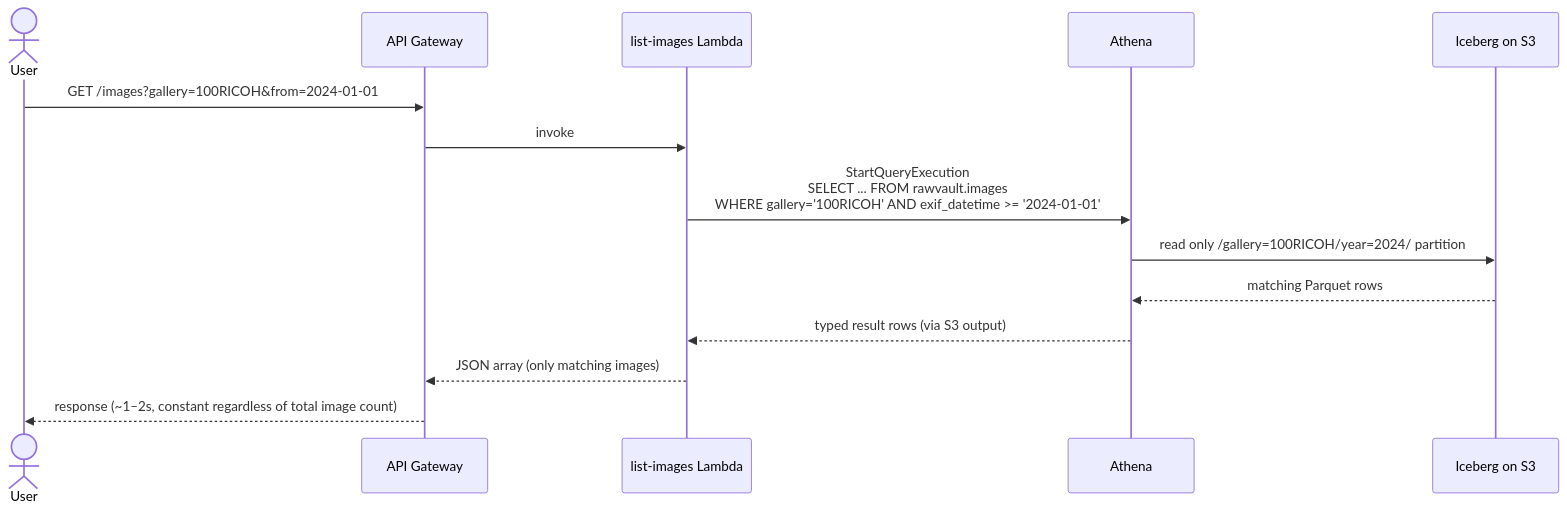
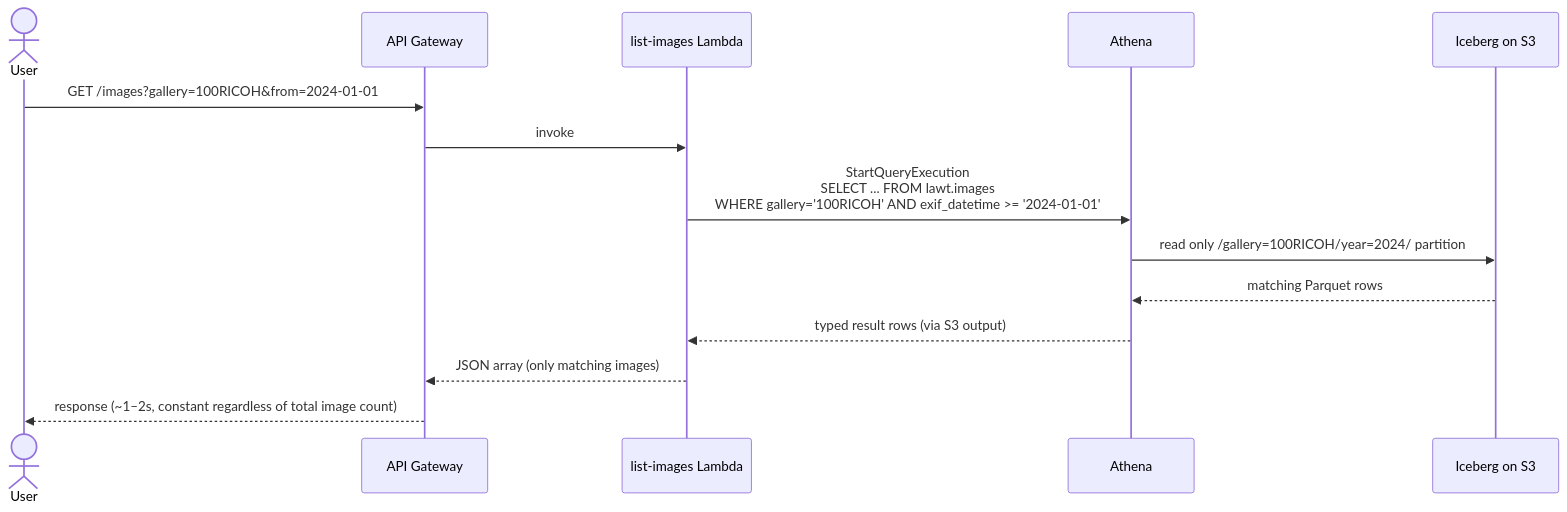
One commit to leftis/lawt changed the fifth of 9 diagrams in docs/iceberg-plan.md. Above: the diagram before and after it, drawn with Mermaid. The commit also changed other lines of this file and 87 other files, not shown here.

````diff
--- a/docs/iceberg-plan.md
+++ b/docs/iceberg-plan.md
@@ -170,17 +170,17 @@
 ```mermaid
 sequenceDiagram
     actor User
     participant API as API Gateway
     participant Lambda as list-images Lambda
     participant Athena
     participant Iceberg as Iceberg on S3
 
     User->>API: GET /images?gallery=100RICOH&from=2024-01-01
     API->>Lambda: invoke
-    Lambda->>Athena: StartQueryExecution<br/>SELECT ... FROM rawvault.images<br/>WHERE gallery='100RICOH' AND exif_datetime >= '2024-01-01'
+    Lambda->>Athena: StartQueryExecution<br/>SELECT ... FROM lawt.images<br/>WHERE gallery='100RICOH' AND exif_datetime >= '2024-01-01'
     Athena->>Iceberg: read only /gallery=100RICOH/year=2024/ partition
     Iceberg-->>Athena: matching Parquet rows
     Athena-->>Lambda: typed result rows (via S3 output)
     Lambda-->>API: JSON array (only matching images)
     API-->>User: response (~1–2s, constant regardless of total image count)
 ```
````
